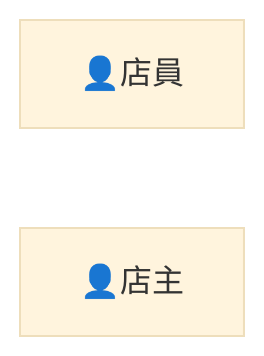
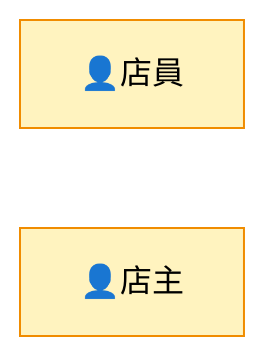
The third of 9 diagrams in docs/project/030-アーキテクチャ/010-C4コンテキスト図/cxd-mermaid-rules.md (naoji3x/grandma-candy-shop), drawn with Mermaid (base theme) before and after one commit. The commit also changed other lines of this file, not shown here.

````diff
--- a/docs/project/030-アーキテクチャ/010-C4コンテキスト図/cxd-mermaid-rules.md
+++ b/docs/project/030-アーキテクチャ/010-C4コンテキスト図/cxd-mermaid-rules.md
@@ -41,5 +91,8 @@
 ```mermaid
 flowchart LR
-店員["👤店員"]
-店主["👤店主"]
+  店員["👤店員"]
+  店主["👤店主"]
+
+  classDef person fill:#fff3bf,stroke:#f08c00,color:#000;
+  class 店員,店主 person;
 ```
````
